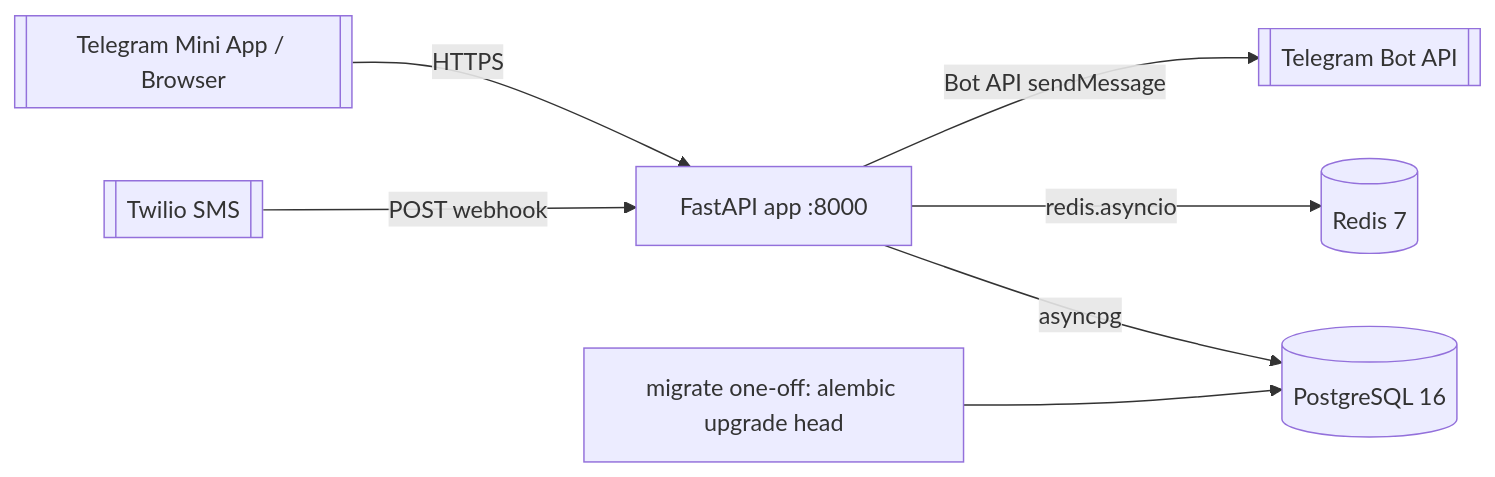
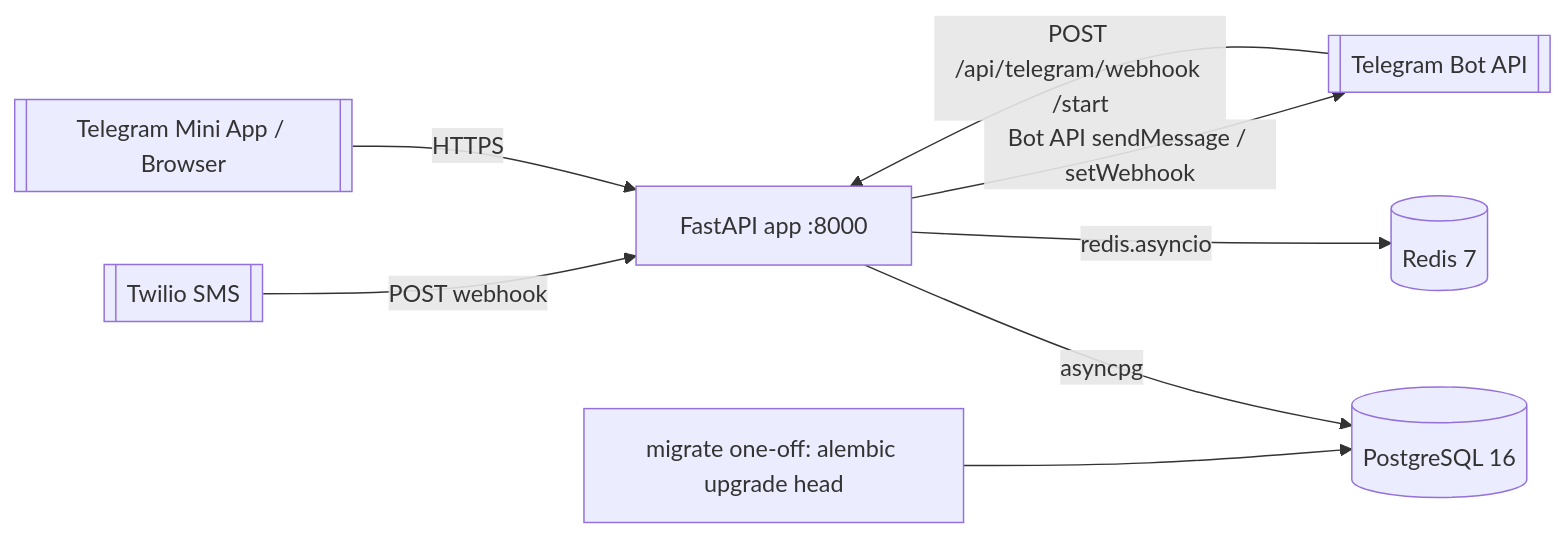
The first of 4 diagrams in docs/03-architecture.md (eliseiv/sms-agregator), drawn with Mermaid before and after one commit. The commit also changed other lines of this file and 47 other files, not shown here.

First line of the commit message:
feat: unassigned numbers + admin allocation, /admin grouping, telegram webhook

````diff
--- a/docs/03-architecture.md
+++ b/docs/03-architecture.md
@@ -9,9 +9,10 @@
 ```mermaid
 flowchart LR
     Twilio[[Twilio SMS]] -->|POST webhook| App
     Browser[[Telegram Mini App / Browser]] -->|HTTPS| App
+    TG[[Telegram Bot API]] -->|POST /api/telegram/webhook /start| App
     App[FastAPI app :8000] -->|asyncpg| PG[(PostgreSQL 16)]
     App -->|redis.asyncio| Redis[(Redis 7)]
-    App -->|Bot API sendMessage| TG[[Telegram Bot API]]
+    App -->|Bot API sendMessage / setWebhook| TG
     Migrate[migrate one-off: alembic upgrade head] --> PG
 ```
````
